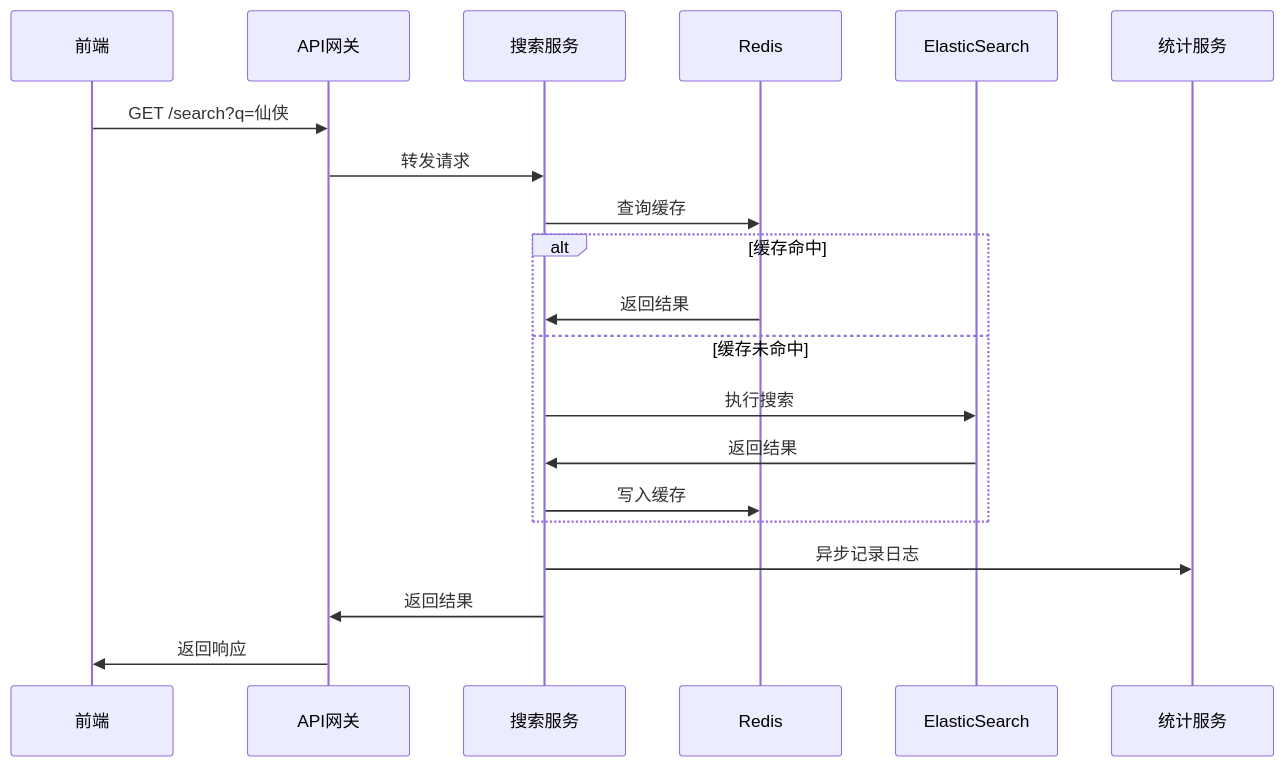
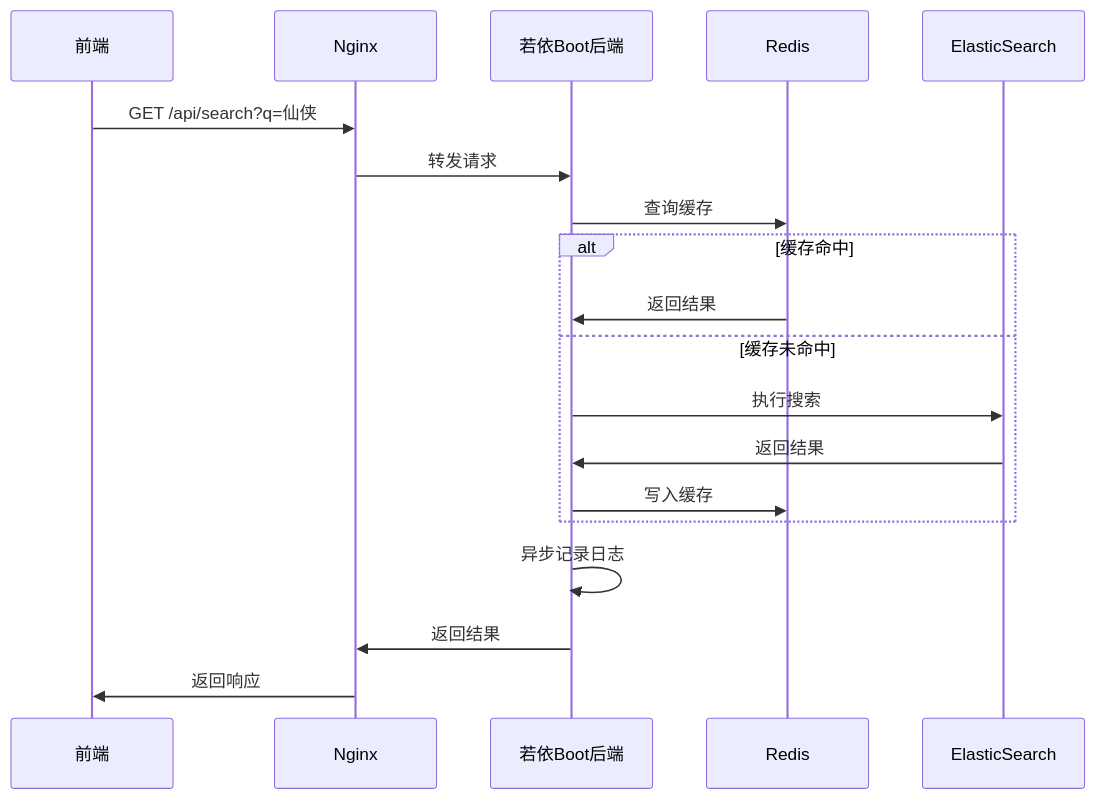
One commit to MisinGuo/game-box-web changed the first of 3 diagrams in docs/API接口文档.md. Above: the diagram before and after it, drawn with Mermaid. The commit also changed other lines of this file and 15 other files, not shown here.

````diff
--- a/docs/API接口文档.md
+++ b/docs/API接口文档.md
@@ -899,25 +1130,24 @@
 ```mermaid
 sequenceDiagram
     participant Client as 前端
-    participant Gateway as API网关
-    participant Search as 搜索服务
+    participant Nginx as Nginx
+    participant Backend as 若依Boot后端
     participant Cache as Redis
     participant ES as ElasticSearch
-    participant Analytics as 统计服务
     
-    Client->>Gateway: GET /search?q=仙侠
-    Gateway->>Search: 转发请求
-    Search->>Cache: 查询缓存
+    Client->>Nginx: GET /api/search?q=仙侠
+    Nginx->>Backend: 转发请求
+    Backend->>Cache: 查询缓存
     
     alt 缓存命中
-        Cache->>Search: 返回结果
+        Cache->>Backend: 返回结果
     else 缓存未命中
-        Search->>ES: 执行搜索
-        ES->>Search: 返回结果
-        Search->>Cache: 写入缓存
+        Backend->>ES: 执行搜索
+        ES->>Backend: 返回结果
+        Backend->>Cache: 写入缓存
     end
     
-    Search->>Analytics: 异步记录日志
-    Search->>Gateway: 返回结果
-    Gateway->>Client: 返回响应
+    Backend->>Backend: 异步记录日志
+    Backend->>Nginx: 返回结果
+    Nginx->>Client: 返回响应
 ```
````
